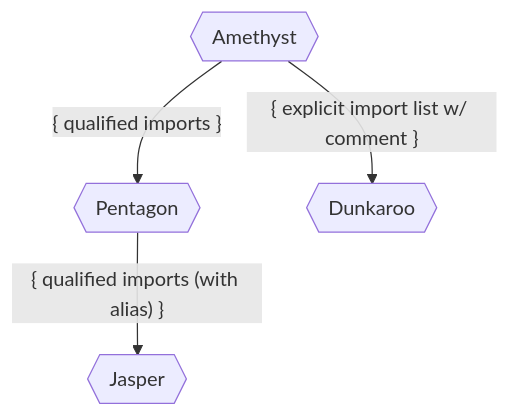
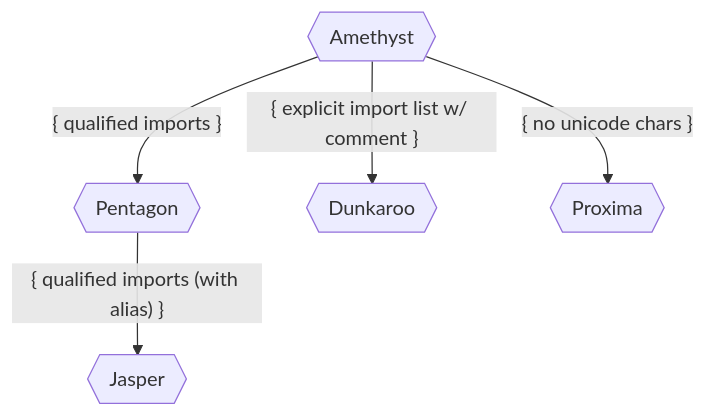
The diagram in human-readable code/New Variants.md (DrasilOrg/Notes), drawn with Mermaid before and after one commit. The commit also changed other lines of this file, not shown here.

Commit message:
New Variant: Proxima

````diff
--- a/human-readable code/New Variants.md
+++ b/human-readable code/New Variants.md
@@ -54,6 +56,7 @@
 ```mermaid
 flowchart TD
     amethyst{{Amethyst}} -- { qualified imports } --> pentagon{{Pentagon}}
     pentagon -- { qualified imports (with alias) } --> jasper{{Jasper}}
     amethyst -- { explicit import list w/ comment } --> dunkaroo{{Dunkaroo}}
+    amethyst -- { no unicode chars } --> proxima{{Proxima}}
 ```
````
